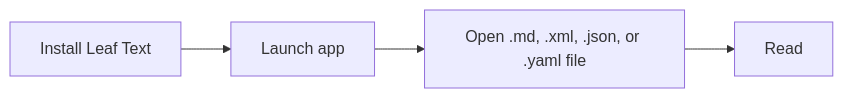
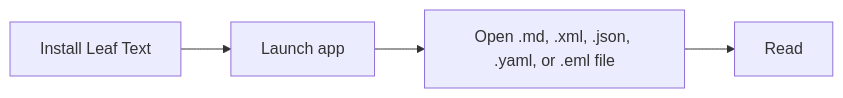
Before and after one commit to ryanallen/leaftext: the diagram in docs/02-installation.md, drawn with Mermaid. The commit also changed other lines of this file and 21 other files, not shown here.

Commit message:
Open .eml email files: subject, headers, body, inline images, and attachments rendered; .mht/.mhtml too

````diff
--- a/docs/02-installation.md
+++ b/docs/02-installation.md
@@ -79,6 +79,6 @@
 ```mermaid
 flowchart LR
     A[Install Leaf Text] --> B[Launch app]
-    B --> C[Open .md, .xml, .json, or .yaml file]
+    B --> C[Open .md, .xml, .json, .yaml, or .eml file]
     C --> D[Read]
 ```
````
